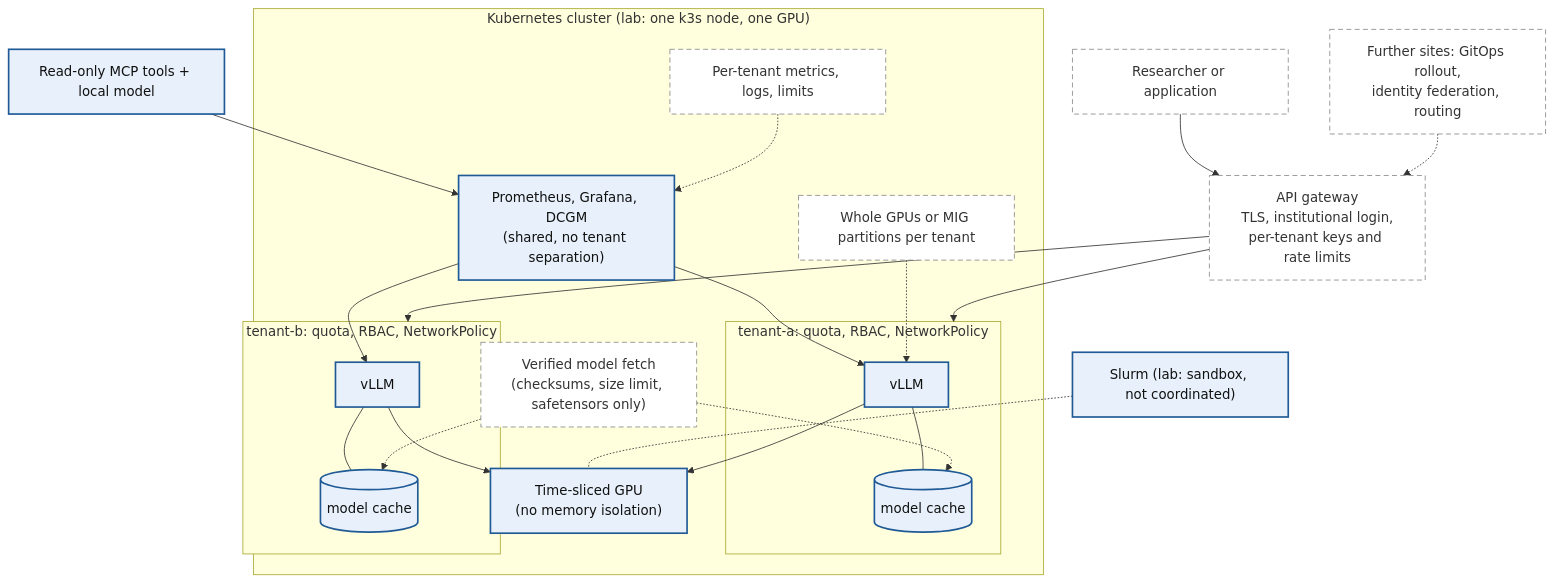
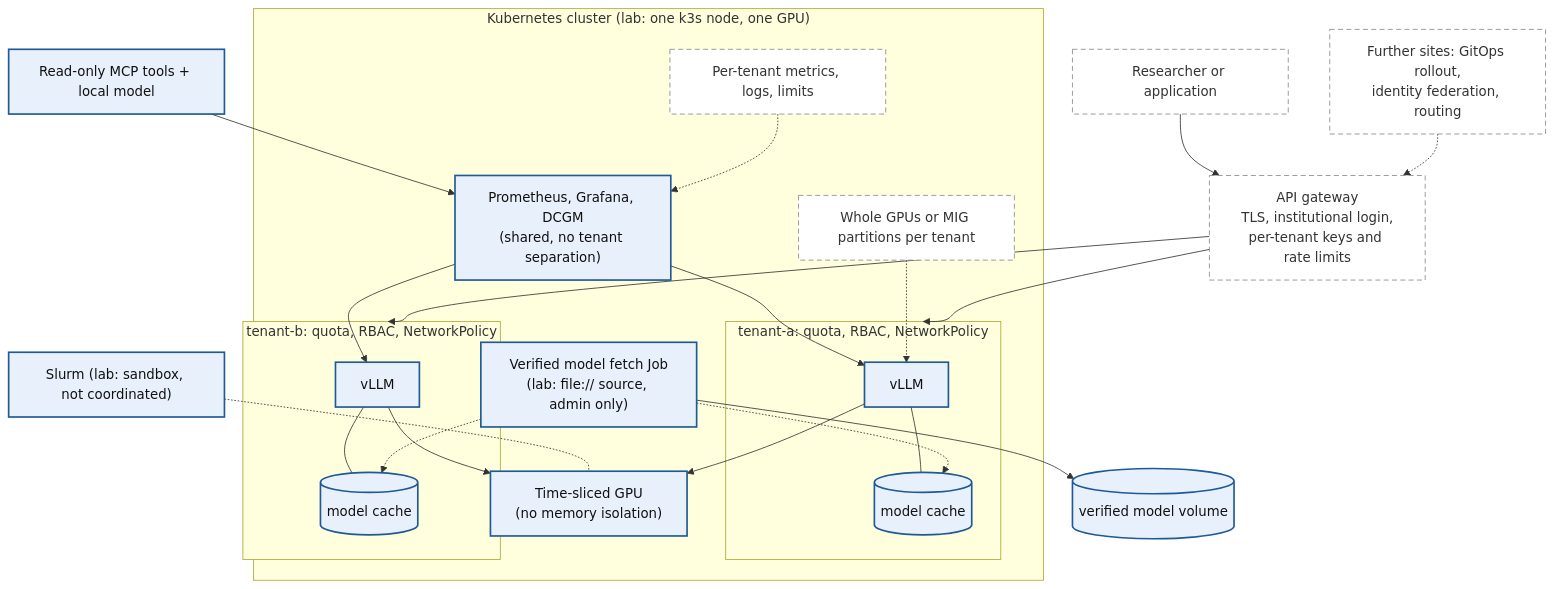
One commit to Guru-karthik/self-hosted-llm-inference-lab changed the diagram in docs/report.md. Above: the diagram before and after it, drawn with Mermaid. The commit also changed other lines of this file and 3 other files, not shown here.

Commit message:
Phase M: document the verified fetch, tenant model requests and limits

````diff
--- a/docs/report.md
+++ b/docs/report.md
@@ -184,32 +185,33 @@
 ```mermaid
 flowchart TB
   user["Researcher or application"]:::proposed --> gw["API gateway<br/>TLS, institutional login,<br/>per-tenant keys and rate limits"]:::proposed
   gw --> a
   gw --> b
   subgraph cluster["Kubernetes cluster (lab: one k3s node, one GPU)"]
     subgraph a["tenant-a: quota, RBAC, NetworkPolicy"]
       va["vLLM"]:::built --- ca[("model cache")]:::built
     end
     subgraph b["tenant-b: quota, RBAC, NetworkPolicy"]
       vb["vLLM"]:::built --- cb[("model cache")]:::built
     end
     prom["Prometheus, Grafana, DCGM<br/>(shared, no tenant separation)"]:::built
-    fetch["Verified model fetch<br/>(checksums, size limit, safetensors only)"]:::proposed
+    fetch["Verified model fetch Job<br/>(lab: file:// source, admin only)"]:::built
     obs["Per-tenant metrics, logs, limits"]:::proposed
     gpu["Whole GPUs or MIG partitions per tenant"]:::proposed
     ts["Time-sliced GPU<br/>(no memory isolation)"]:::built
   end
   va --> ts
   vb --> ts
   prom --> va
   prom --> vb
   ops["Read-only MCP tools + local model"]:::built --> prom
+  fetch --> store[("verified model volume")]:::built
   fetch -.-> ca
   fetch -.-> cb
   obs -.-> prom
   gpu -.-> va
   batch["Slurm (lab: sandbox, not coordinated)"]:::built -.- ts
   sites["Further sites: GitOps rollout,<br/>identity federation, routing"]:::proposed -.-> gw
   classDef built fill:#e8f1fb,stroke:#1f5a96,stroke-width:2px,color:#111
   classDef proposed fill:#ffffff,stroke:#888,stroke-dasharray:6 4,color:#333
 ```
````
